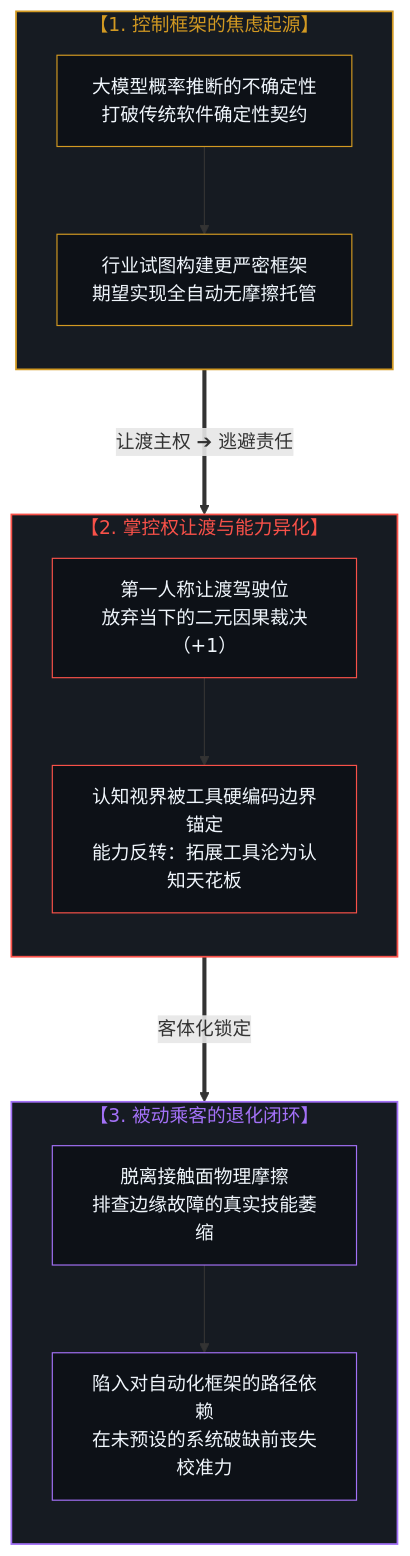
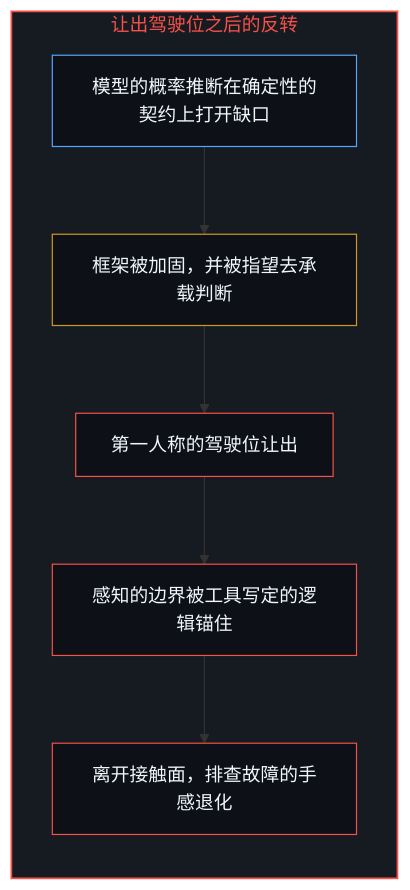
The first of 10 diagrams in content/posts/the-inversion-of-the-harness-and-the-driver-seat-asymmetry.md (powerpig99/not-a-toe), drawn with Mermaid before and after one commit. The commit also changed other lines of this file and 2 other files, not shown here.

Commit message:
Refine the-inversion-of-the-harness: alternating bilingual layout, five paired diagrams, stances not kinds of people, implicit first person

````diff
--- a/content/posts/the-inversion-of-the-harness-and-the-driver-seat-asymmetry.md
+++ b/content/posts/the-inversion-of-the-harness-and-the-driver-seat-asymmetry.md
@@ -19,36 +21,22 @@
 ```mermaid
-graph TD
-    subgraph S_Anxiety["【1. 控制框架的焦虑起源】"]
+flowchart TD
+    subgraph S_Reversal["让出驾驶位之后的反转"]
         direction TB
-        A1["大模型概率推断的不确定性<br/>打破传统软件确定性契约"]
-        A2["行业试图构建更严密框架<br/>期望实现全自动无摩擦托管"]
-        A1 --> A2
+        Gap["模型的概率推断在确定性的契约上打开缺口"]
+        Heavier["框架被加固，并被指望去承载判断"]
+        Yield["第一人称的驾驶位让出"]
+        Anchor["感知的边界被工具写定的逻辑锚住"]
+        Atrophy["离开接触面，排查故障的手感退化"]
+        Gap --> Heavier
+        Heavier --> Yield
+        Yield --> Anchor
+        Anchor --> Atrophy
     end
 
-    subgraph S_Alienation["【2. 掌控权让渡与能力异化】"]
-        direction TB
-        B1["第一人称让渡驾驶位<br/>放弃当下的二元因果裁决（+1）"]
-        B2["认知视界被工具硬编码边界锚定<br/>能力反转：拓展工具沦为认知天花板"]
-        B1 --> B2
-    end
-
-    subgraph S_Consequence["【3. 被动乘客的退化闭环】"]
-        direction TB
-        C1["脱离接触面物理摩擦<br/>排查边缘故障的真实技能萎缩"]
-        C2["陷入对自动化框架的路径依赖<br/>在未预设的系统破缺前丧失校准力"]
-        C1 --> C2
-    end
-
-    S_Anxiety ===>|"让渡主权 ➔ 逃避责任"| S_Alienation
-    S_Alienation ===>|"客体化锁定"| S_Consequence
-
-    style S_Anxiety fill:#161b22,stroke:#d29922,stroke-width:1.5px,color:#d29922
-    style S_Alienation fill:#161b22,stroke:#f85149,stroke-width:1.5px,color:#f85149
-    style S_Consequence fill:#161b22,stroke:#a371f7,stroke-width:1.5px,color:#a371f7
-    style A1 fill:#0d1117,stroke:#d29922,stroke-width:1px,color:#f0f6fc
-    style A2 fill:#0d1117,stroke:#d29922,stroke-width:1px,color:#f0f6fc
-    style B1 fill:#0d1117,stroke:#f85149,stroke-width:1px,color:#f0f6fc
-    style B2 fill:#0d1117,stroke:#f85149,stroke-width:1px,color:#f0f6fc
-    style C1 fill:#0d1117,stroke:#a371f7,stroke-width:1px,color:#f0f6fc
-    style C2 fill:#0d1117,stroke:#a371f7,stroke-width:1px,color:#f0f6fc
+    style S_Reversal fill:#161b22,stroke:#f85149,stroke-width:1.5px,color:#f85149
+    style Gap fill:#0d1117,stroke:#58a6ff,stroke-width:1px,color:#f0f6fc
+    style Heavier fill:#0d1117,stroke:#d29922,stroke-width:1px,color:#f0f6fc
+    style Yield fill:#0d1117,stroke:#f85149,stroke-width:1px,color:#f0f6fc
+    style Anchor fill:#0d1117,stroke:#f85149,stroke-width:1px,color:#f0f6fc
+    style Atrophy fill:#0d1117,stroke:#f85149,stroke-width:1px,color:#f0f6fc
 ```
````
